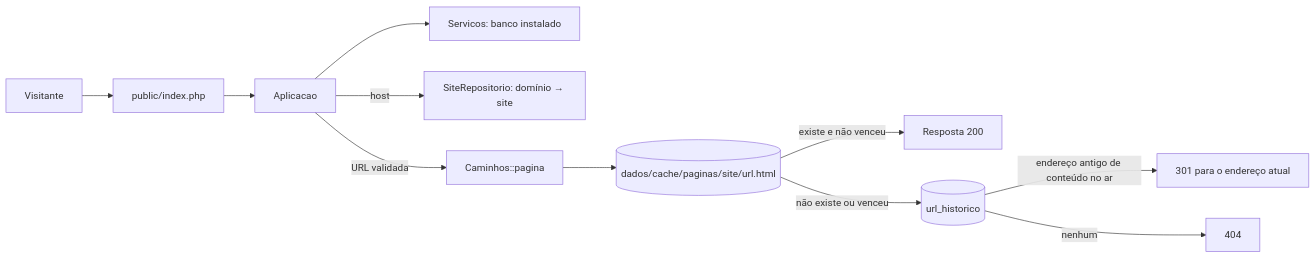
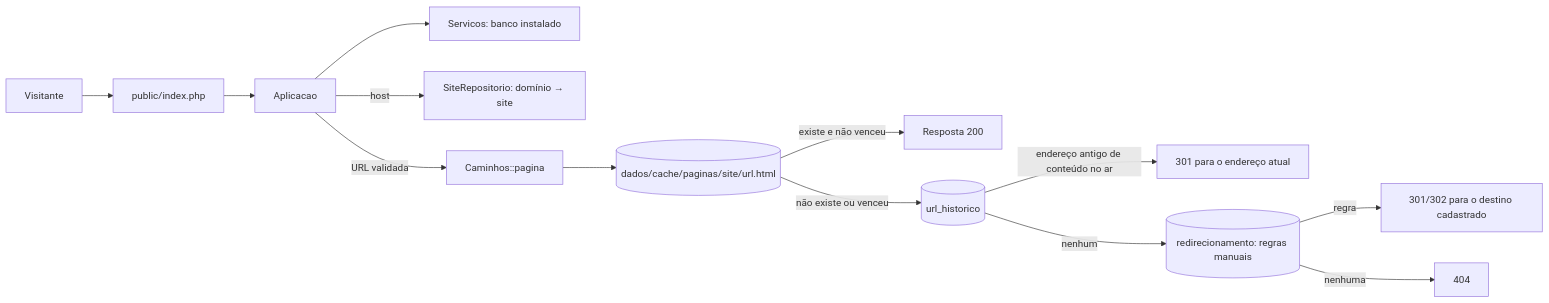
Before and after one commit to publicare/publicare4: the first of 2 diagrams in docs/tecnica/arquitetura.md, drawn with Mermaid. The commit also changed other lines of this file and 22 other files, not shown here.

First line of the commit message:
fase 1b (2/2): dominios com papel (principal/servir/redirecionar) e regras manuais de redirecionamento

````diff
--- a/docs/tecnica/arquitetura.md
+++ b/docs/tecnica/arquitetura.md
@@ -7,13 +7,15 @@
 ```mermaid
 flowchart LR
     V[Visitante] --> I[public/index.php]
     I --> A[Aplicacao]
     A --> S[Servicos: banco instalado]
     A -->|host| H[SiteRepositorio: domínio → site]
     A -->|URL validada| C[Caminhos::pagina]
     C --> F[(dados/cache/paginas/site/url.html)]
     F -->|existe e não venceu| R[Resposta 200]
     F -->|não existe ou venceu| UH[(url_historico)]
     UH -->|endereço antigo de conteúdo no ar| M[301 para o endereço atual]
-    UH -->|nenhum| N[404]
+    UH -->|nenhum| RM[(redirecionamento: regras manuais)]
+    RM -->|regra| M2[301/302 para o destino cadastrado]
+    RM -->|nenhuma| N[404]
 ```
````
